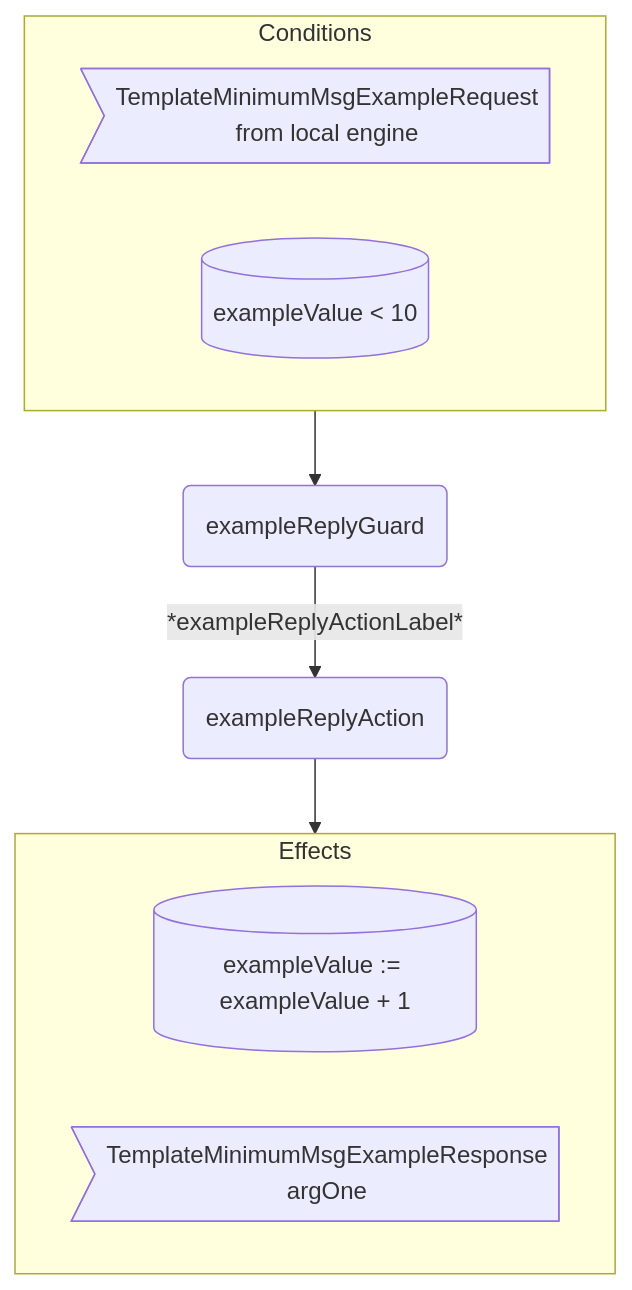
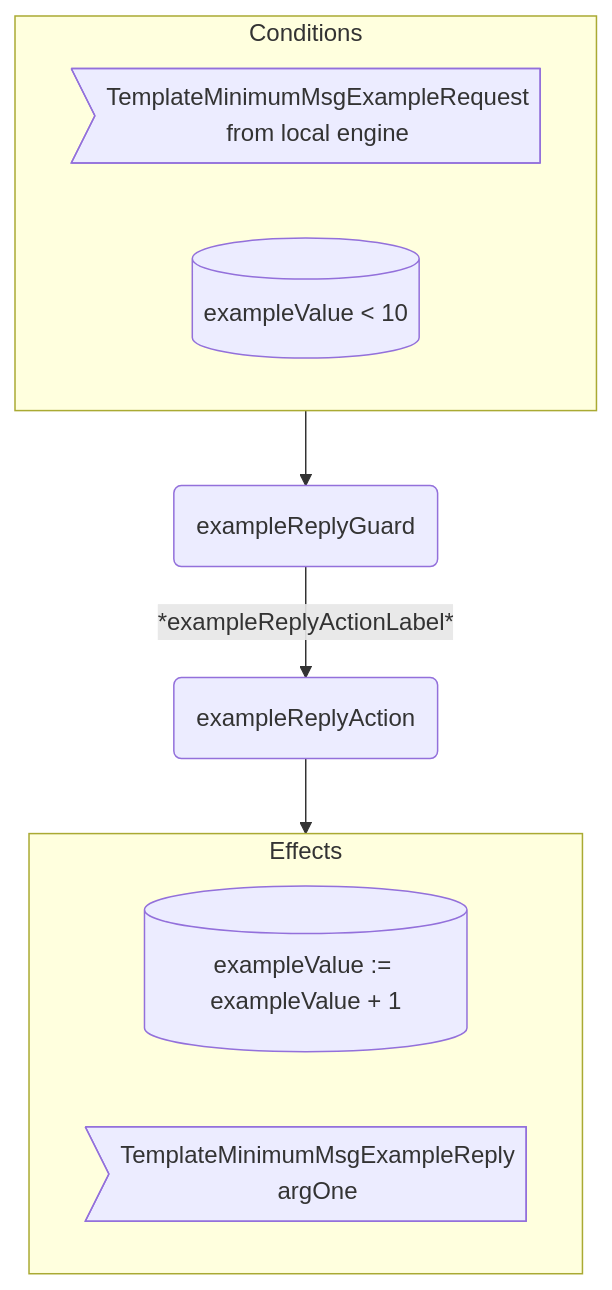
One commit to anoma/nspec changed the diagram in docs/tutorial/engines/template_minimum_behaviour.juvix.md. Above: the diagram before and after it, drawn with Mermaid. The commit also changed other lines of this file and 37 other files, not shown here.

Commit message:
Renamed all instances of "Response" to "Reply" in message interfaces for consistency across commitment, decryption, identity management, and other engines.

````diff
--- a/docs/tutorial/engines/template_minimum_behaviour.juvix.md
+++ b/docs/tutorial/engines/template_minimum_behaviour.juvix.md
@@ -308,17 +308,17 @@
 ```mermaid
 flowchart TD
   subgraph C[Conditions]
     CMsg>TemplateMinimumMsgExampleRequest<br/>from local engine]
     CEnv[(exampleValue < 10)]
   end
 
   G(exampleReplyGuard)
   A(exampleReplyAction)
 
   C --> G -- *exampleReplyActionLabel* --> A --> E
 
   subgraph E[Effects]
     EEnv[(exampleValue := exampleValue + 1)]
-    EMsg>TemplateMinimumMsgExampleResponse<br/>argOne]
+    EMsg>TemplateMinimumMsgExampleReply<br/>argOne]
   end
 ```
````
